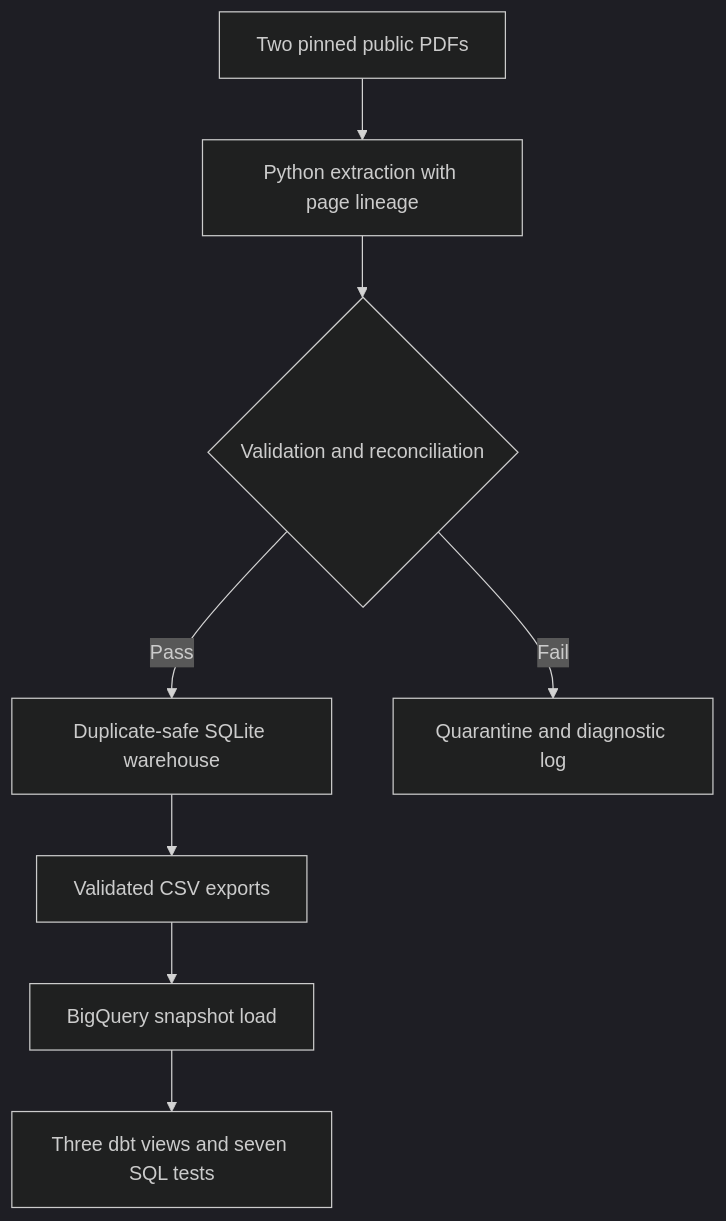
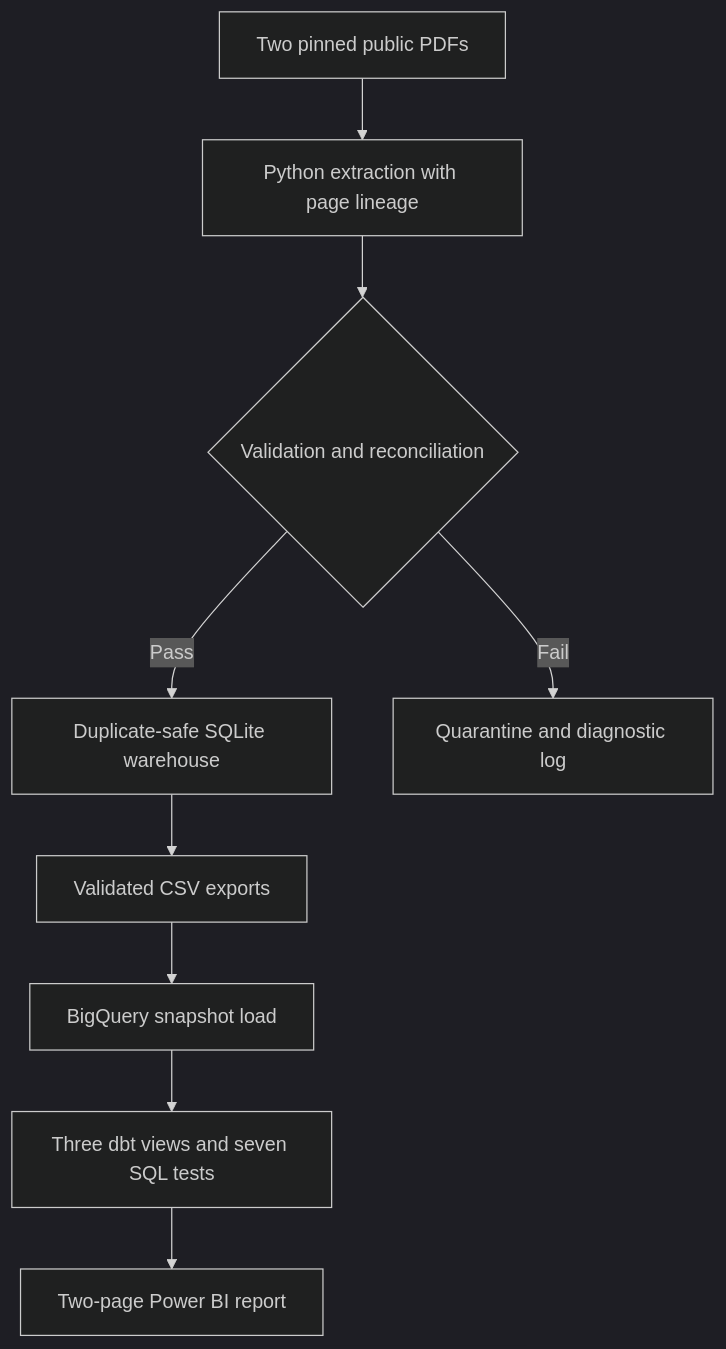
Before and after one commit to Saurabhzambare/gacl-public-disclosure-pipeline: the diagram in README.md, drawn with Mermaid (dark theme). The commit also changed other lines of this file and 9 other files, not shown here.

Commit message:
docs: add completed Power BI report and walkthrough script

````diff
--- a/README.md
+++ b/README.md
@@ -11,10 +11,11 @@
 ```mermaid
 flowchart TD
     P["Two pinned public PDFs"] --> E["Python extraction with page lineage"]
     E --> V{"Validation and reconciliation"}
     V -->|Pass| S["Duplicate-safe SQLite warehouse"]
     V -->|Fail| Q["Quarantine and diagnostic log"]
     S --> C["Validated CSV exports"]
     C --> B["BigQuery snapshot load"]
     B --> D["Three dbt views and seven SQL tests"]
+    D --> R["Two-page Power BI report"]
 ```
````
